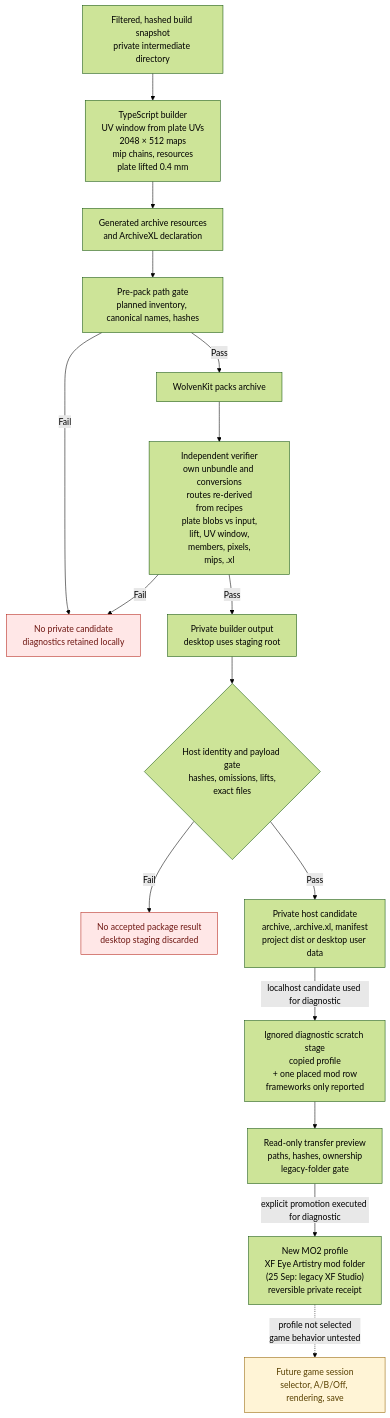
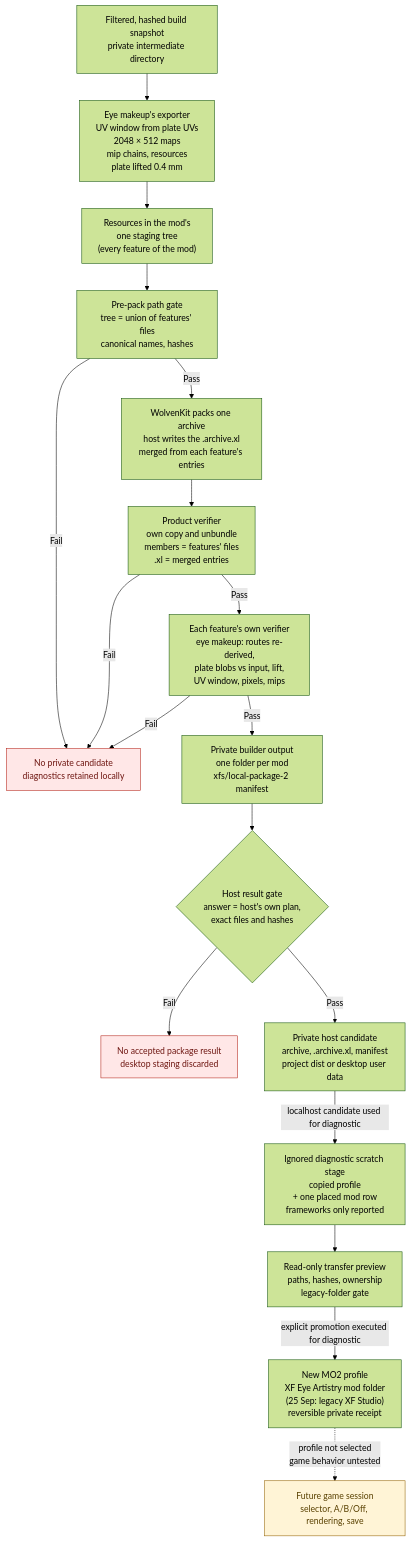
The second of 3 diagrams in research/authoring/studio-to-mod-pipeline.md (axefrog/xf-studio), drawn with Mermaid (forest theme) before and after one commit. The commit also changed other lines of this file and 14 other files, not shown here.

Commit message:
Platform step 8 docs: step 8 status, pipeline guide with rerendered diagrams, ledger (PIPE-03/09/12 fixed, export host subsystem), catalogue, validation card, changelog

````diff
--- a/research/authoring/studio-to-mod-pipeline.md
+++ b/research/authoring/studio-to-mod-pipeline.md
@@ -50,23 +52,25 @@
 ```mermaid
 flowchart TB
-  snapshot["Filtered, hashed build snapshot<br/>private intermediate directory"] --> bake["TypeScript builder<br/>UV window from plate UVs<br/>2048 × 512 maps<br/>mip chains, resources<br/>plate lifted 0.4 mm"]
-  bake --> resources["Generated archive resources<br/>and ArchiveXL declaration"]
-  resources --> gate["Pre-pack path gate<br/>planned inventory, canonical names, hashes"]
+  snapshot["Filtered, hashed build snapshot<br/>private intermediate directory"] --> bake["Eye makeup's exporter<br/>UV window from plate UVs<br/>2048 × 512 maps<br/>mip chains, resources<br/>plate lifted 0.4 mm"]
+  bake --> resources["Resources in the mod's<br/>one staging tree<br/>(every feature of the mod)"]
+  resources --> gate["Pre-pack path gate<br/>tree = union of features' files<br/>canonical names, hashes"]
   gate -- Fail --> stop
-  gate -- Pass --> pack["WolvenKit packs archive"]
-  pack --> verifier["Independent verifier<br/>own unbundle and conversions<br/>routes re-derived<br/>from recipes<br/>plate blobs vs input,<br/>lift, UV window,<br/>members, pixels,<br/>mips, .xl"]
+  gate -- Pass --> pack["WolvenKit packs one archive<br/>host writes the .archive.xl<br/>merged from each feature's entries"]
+  pack --> productVerifier["Product verifier<br/>own copy and unbundle<br/>members = features' files<br/>.xl = merged entries"]
+  productVerifier -- Fail --> stop
+  productVerifier -- Pass --> verifier["Each feature's own verifier<br/>eye makeup: routes re-derived,<br/>plate blobs vs input, lift,<br/>UV window, pixels, mips"]
   verifier -- Fail --> stop["No private candidate<br/>diagnostics retained locally"]
-  verifier -- Pass --> dist["Private builder output<br/>desktop uses staging root"]
-  dist --> resultGate{"Host identity and payload gate<br/>hashes, omissions, lifts,<br/>exact files"}
+  verifier -- Pass --> dist["Private builder output<br/>one folder per mod<br/>xfs/local-package-2 manifest"]
+  dist --> resultGate{"Host result gate<br/>answer = host's own plan,<br/>exact files and hashes"}
   resultGate -- Fail --> unaccepted["No accepted package result<br/>desktop staging discarded"]
   resultGate -- Pass --> candidate["Private host candidate<br/>archive, .archive.xl, manifest<br/>project dist or desktop user data"]
   candidate -- "localhost candidate used for diagnostic" --> scratch["Ignored diagnostic scratch stage<br/>copied profile<br/>+ one placed mod row<br/>frameworks only reported"]
   scratch --> preview["Read-only transfer preview<br/>paths, hashes, ownership<br/>legacy-folder gate"]
   preview -- "explicit promotion executed for diagnostic" --> mo2["New MO2 profile<br/>XF Eye Artistry mod folder<br/>(25 Sep: legacy XF Studio)<br/>reversible private receipt"]
   mo2 -. "profile not selected<br/>game behavior untested" .-> runtime["Future game session<br/>selector, A/B/Off, rendering, save"]
 
   classDef blocked fill:#ffe7e7,stroke:#b42318,color:#6e1611;
   classDef pending fill:#fff4d6,stroke:#946200,color:#594000;
   class stop,unaccepted blocked;
   class runtime pending;
 ```
````
